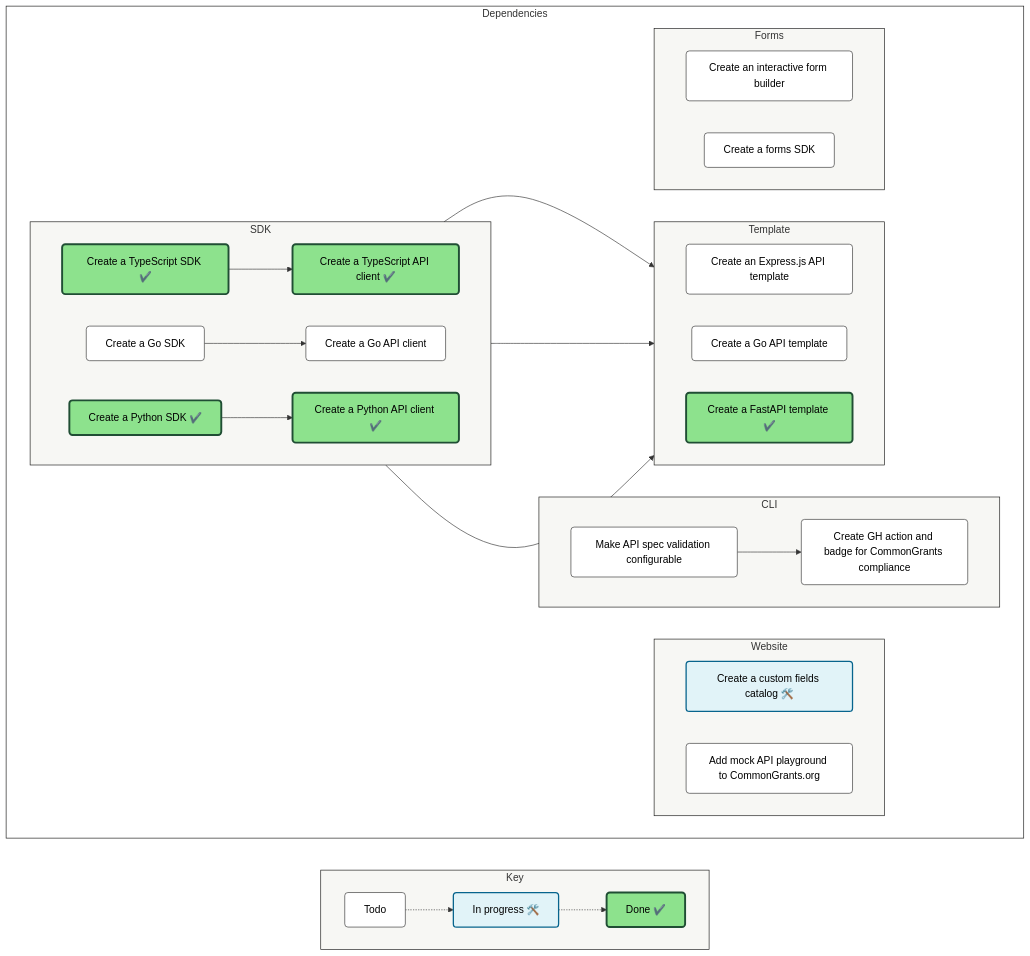
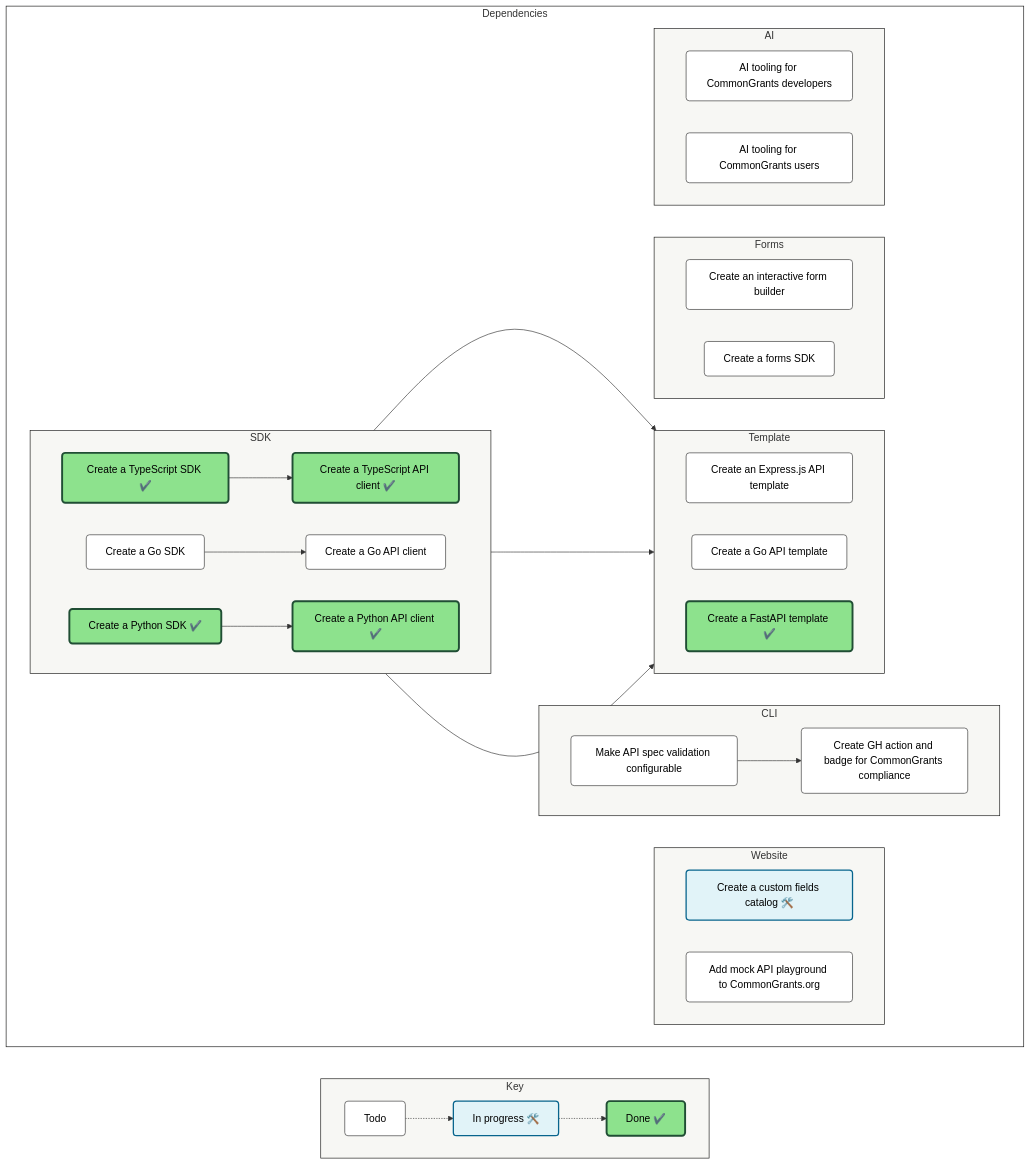
Before and after one commit to HHS/simpler-grants-protocol: the diagram in README.md, drawn with Mermaid.

Commit message:
docs: Update README with dependency diagram

```diff
--- a/README.md
+++ b/README.md
@@ -58,6 +58,7 @@
   style cli fill:#F7F7F4,stroke:#171716
   style template fill:#F7F7F4,stroke:#171716
   style forms fill:#F7F7F4,stroke:#171716
+  style ai fill:#F7F7F4,stroke:#171716
 
   %% ─────────────────────────────
   %% Legend
@@ -118,6 +119,13 @@
     end
 
 
+    subgraph ai["AI"]
+    direction LR
+        HHS/simpler-grants-protocol#615["AI tooling for CommonGrants developers"]
+        HHS/simpler-grants-protocol#616["AI tooling for CommonGrants users"]
+    end
+
+
     %% ─────────────────────────────
     %% Relationships
     %% ─────────────────────────────
```
